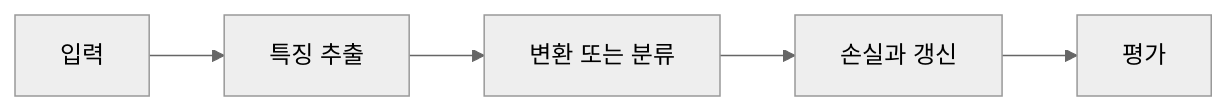
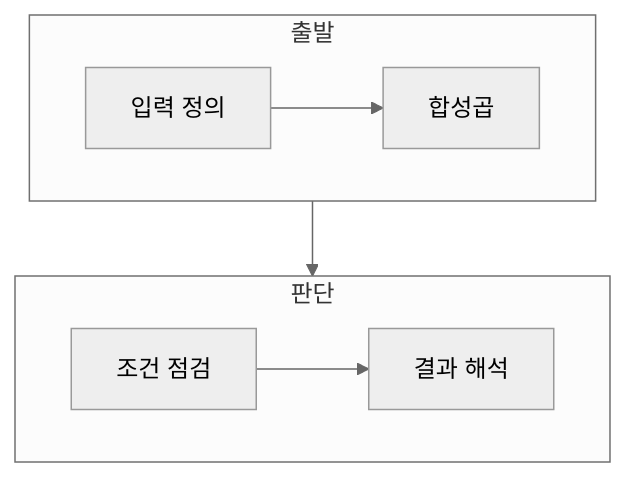
The diagram in ComputerScience/03_ai-ml-data/artificial-intelligence/notes/01. CNN의 합성곱 원리.md (umyunsang/edu), drawn with Mermaid (neutral theme) before and after one commit. The commit also changed other lines of this file and 20 other files, not shown here.

````diff
--- a/ComputerScience/03_ai-ml-data/artificial-intelligence/notes/01. CNN의 합성곱 원리.md
+++ b/ComputerScience/03_ai-ml-data/artificial-intelligence/notes/01. CNN의 합성곱 원리.md
@@ -24,7 +23,12 @@
 ```mermaid
-flowchart LR
-    A["입력"] --> B["특징 추출"]
-    B --> C["변환 또는 분류"]
-    C --> D["손실과 갱신"]
-    D --> E["평가"]
+flowchart TB
+    subgraph Input[출발]
+        direction LR
+        A[입력 정의] --> B[합성곱]
+    end
+    subgraph Decision[판단]
+        direction LR
+        C[조건 점검] --> D[결과 해석]
+    end
+    B --> C
 ```
````
